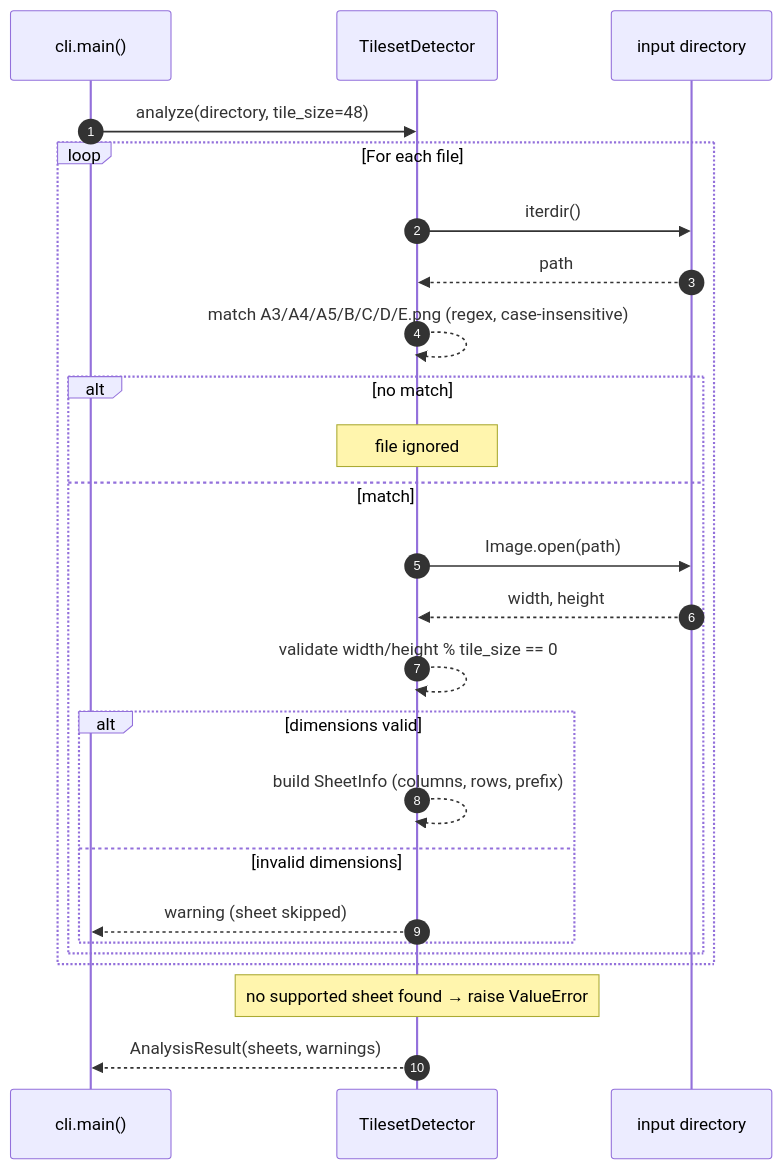
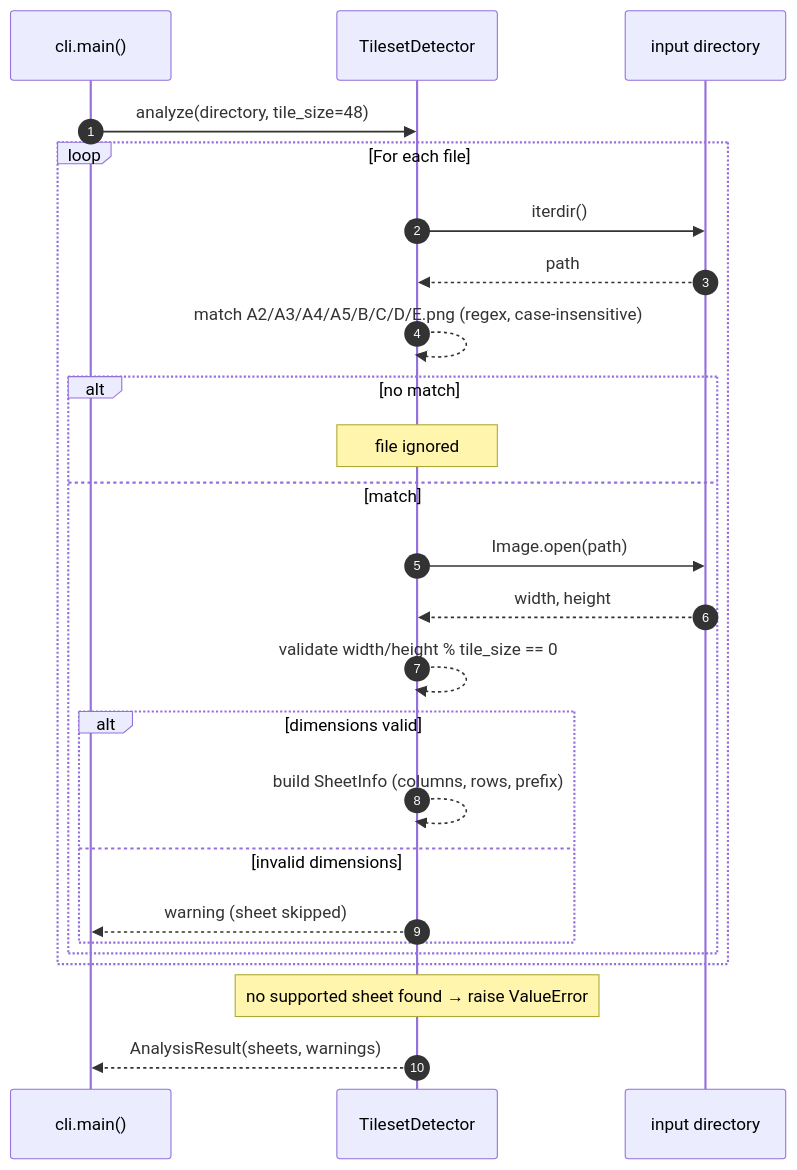
The second of 4 diagrams in README.md (ultra-sonic-28/rpgmaker2godot), drawn with Mermaid before and after one commit. The commit also changed other lines of this file and 19 other files, not shown here.

````diff
--- a/README.md
+++ b/README.md
@@ -447,28 +485,28 @@
 ```mermaid
 sequenceDiagram
     autonumber
     participant CLI as cli.main()
     participant D as TilesetDetector
     participant FS as input directory
 
     CLI->>D: analyze(directory, tile_size=48)
     loop For each file
         D->>FS: iterdir()
         FS-->>D: path
-        D-->>D: match A3/A4/A5/B/C/D/E.png (regex, case-insensitive)
+        D-->>D: match A2/A3/A4/A5/B/C/D/E.png (regex, case-insensitive)
         alt no match
             Note over D: file ignored
         else match
             D->>FS: Image.open(path)
             FS-->>D: width, height
             D-->>D: validate width/height % tile_size == 0
             alt dimensions valid
                 D-->>D: build SheetInfo (columns, rows, prefix)
             else invalid dimensions
                 D-->>CLI: warning (sheet skipped)
             end
         end
     end
     Note over D: no supported sheet found → raise ValueError
     D-->>CLI: AnalysisResult(sheets, warnings)
 ```
````
